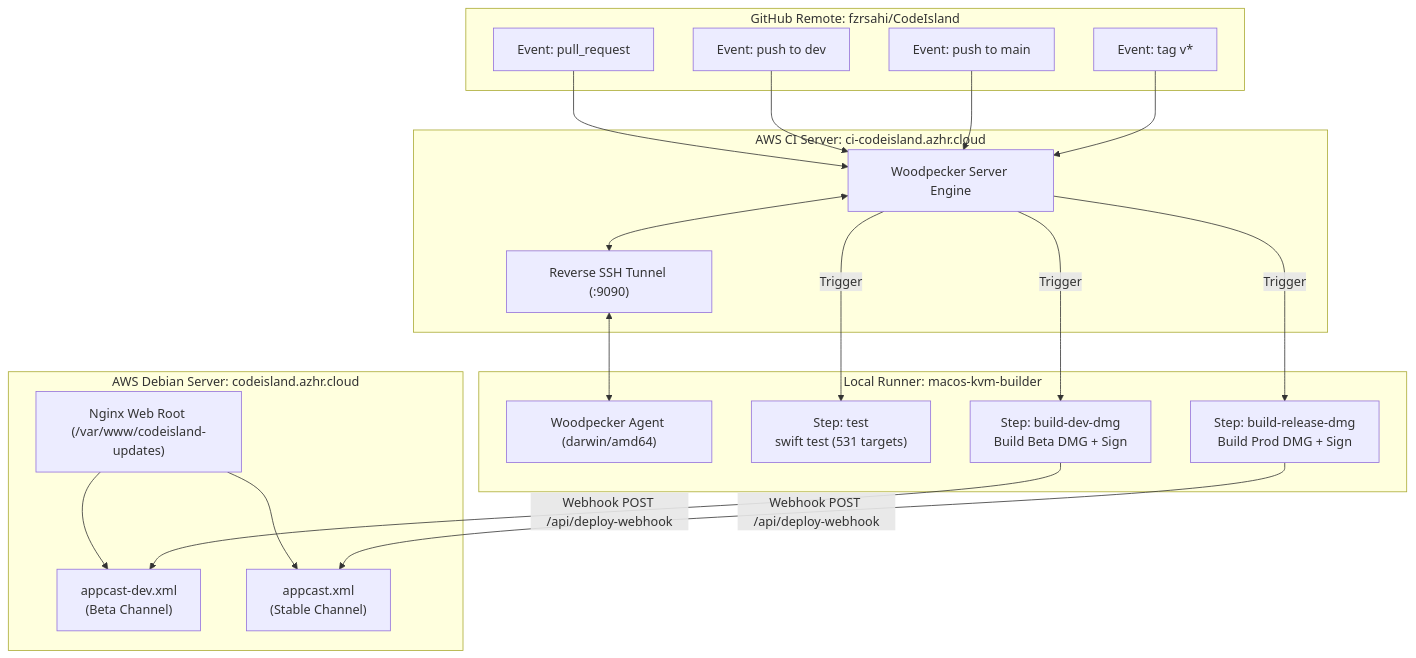
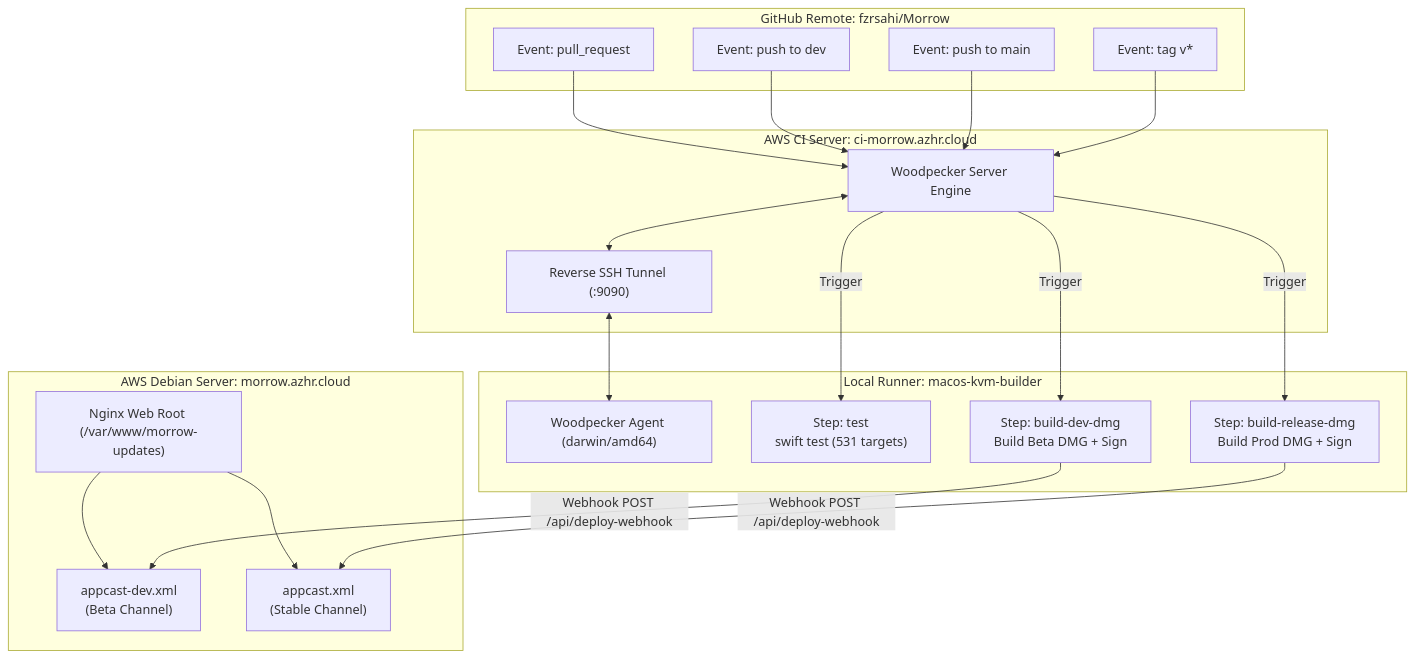
One commit to fzrsahi/CodeIsland changed the first of 2 diagrams in deploy/debian/README.md. Above: the diagram before and after it, drawn with Mermaid. The commit also changed other lines of this file and 1238 other files, not shown here.

Commit message:
feat(#47): rebrand CodeIsland to Morrow across all platforms, scripts, and documentation

````diff
--- a/deploy/debian/README.md
+++ b/deploy/debian/README.md
@@ -14,44 +14,44 @@
 ```mermaid
 flowchart TD
-    subgraph GitHub["GitHub Remote: fzrsahi/CodeIsland"]
+    subgraph GitHub["GitHub Remote: fzrsahi/Morrow"]
         E_PR["Event: pull_request"]
         E_DEV["Event: push to dev"]
         E_MAIN["Event: push to main"]
         E_TAG["Event: tag v*"]
     end
 
-    subgraph Orchestration["AWS CI Server: ci-codeisland.azhr.cloud"]
+    subgraph Orchestration["AWS CI Server: ci-morrow.azhr.cloud"]
         WP["Woodpecker Server Engine"]
         TUNNEL["Reverse SSH Tunnel (:9090)"]
         WP <--> TUNNEL
     end
 
     subgraph Runner["Local Runner: macos-kvm-builder"]
         AGENT["Woodpecker Agent (darwin/amd64)"]
         TUNNEL <--> AGENT
         
         STEP_TEST["Step: test\nswift test (531 targets)"]
         STEP_DEV["Step: build-dev-dmg\nBuild Beta DMG + Sign"]
         STEP_PROD["Step: build-release-dmg\nBuild Prod DMG + Sign"]
     end
 
-    subgraph Distribution["AWS Debian Server: codeisland.azhr.cloud"]
-        WEB["Nginx Web Root (/var/www/codeisland-updates)"]
+    subgraph Distribution["AWS Debian Server: morrow.azhr.cloud"]
+        WEB["Nginx Web Root (/var/www/morrow-updates)"]
         FEED_DEV["appcast-dev.xml\n(Beta Channel)"]
         FEED_PROD["appcast.xml\n(Stable Channel)"]
         WEB --> FEED_DEV
         WEB --> FEED_PROD
     end
 
     E_PR --> WP
     E_DEV --> WP
     E_MAIN --> WP
     E_TAG --> WP
 
     WP -->|Trigger| STEP_TEST
     WP -->|Trigger| STEP_DEV
     WP -->|Trigger| STEP_PROD
 
     STEP_DEV -->|Webhook POST /api/deploy-webhook| FEED_DEV
     STEP_PROD -->|Webhook POST /api/deploy-webhook| FEED_PROD
 ```
````
